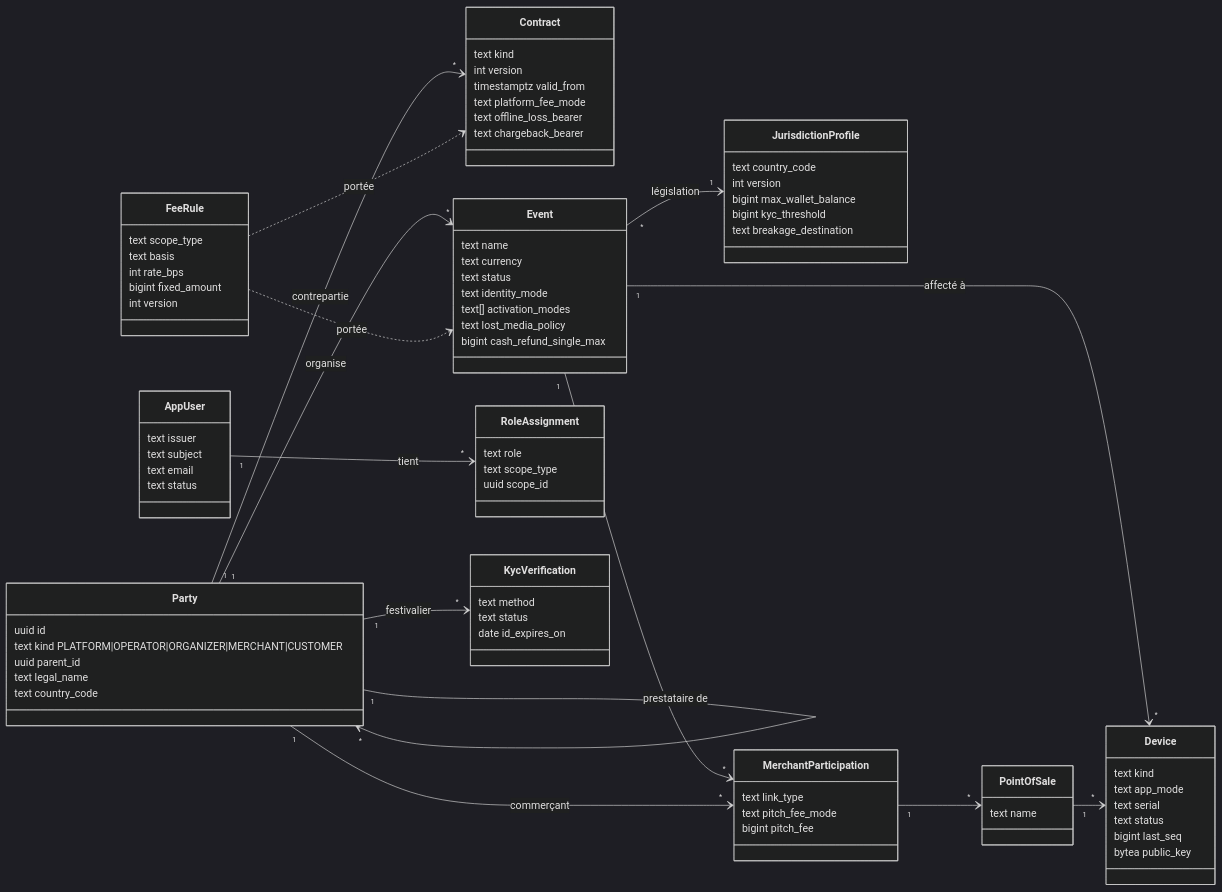
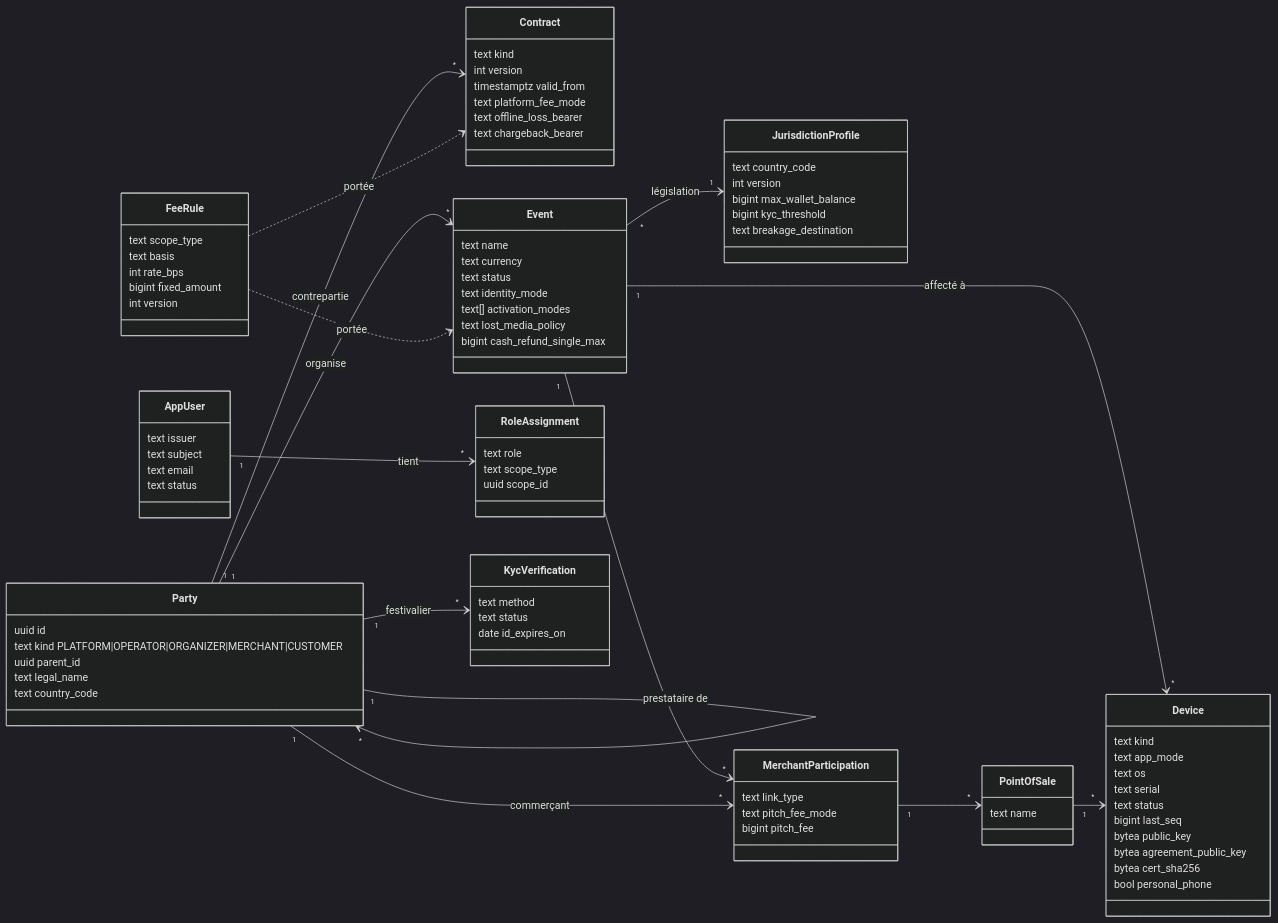
The first of 5 diagrams in docs/09-class-diagram.md (atrona8/cashless-platform), drawn with Mermaid (dark theme) before and after one commit. The commit also changed other lines of this file and 32 other files, not shown here.

```diff
--- a/docs/09-class-diagram.md
+++ b/docs/09-class-diagram.md
@@ -62,10 +64,14 @@
   class Device {
     text kind
     text app_mode
+    text os
     text serial
     text status
     bigint last_seq
     bytea public_key
+    bytea agreement_public_key
+    bytea cert_sha256
+    bool personal_phone
   }
   class FeeRule {
     text scope_type
```
